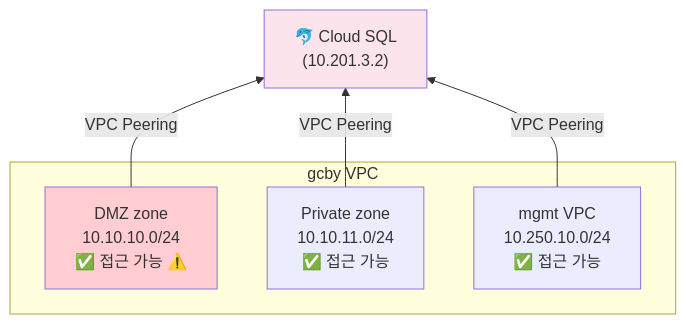
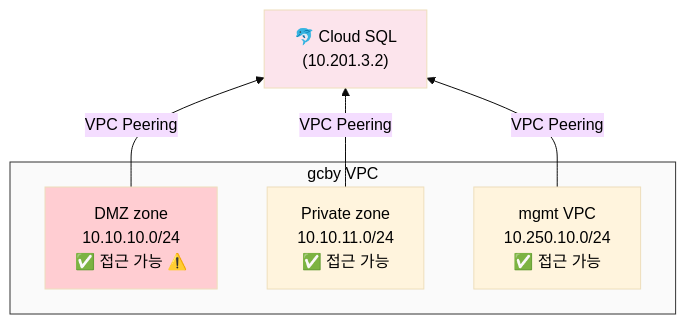
The fifth of 9 diagrams in terraform_gcp_infra/docs/architecture/network-design.md (JSJ2337/GCP_terraform_code), drawn with Mermaid before and after one commit. The commit also changed other lines of this file and 5 other files, not shown here.

First line of the commit message:
style: Mermaid 다이어그램 제목 가독성 개선

````diff
--- a/terraform_gcp_infra/docs/architecture/network-design.md
+++ b/terraform_gcp_infra/docs/architecture/network-design.md
@@ -584,17 +590,19 @@
 ```mermaid
+%%{init: {'theme': 'base', 'themeVariables': { 'primaryTextColor': '#000000', 'clusterBkg': '#ffffff', 'clusterBorder': '#333333' }}}%%
 flowchart BT
     SQL_BEFORE["🐬 Cloud SQL<br/>(10.201.3.2)"]
 
     subgraph VPC_BEFORE["gcby VPC"]
         DMZ_B["DMZ zone<br/>10.10.10.0/24<br/>✅ 접근 가능 ⚠️"]
         PRIV_B["Private zone<br/>10.10.11.0/24<br/>✅ 접근 가능"]
         MGMT_B["mgmt VPC<br/>10.250.10.0/24<br/>✅ 접근 가능"]
     end
 
     DMZ_B -->|VPC Peering| SQL_BEFORE
     PRIV_B -->|VPC Peering| SQL_BEFORE
     MGMT_B -->|VPC Peering| SQL_BEFORE
 
+    style VPC_BEFORE fill:#fafafa,color:#000000
     style DMZ_B fill:#ffcdd2
     style SQL_BEFORE fill:#fce4ec
 ```
````
